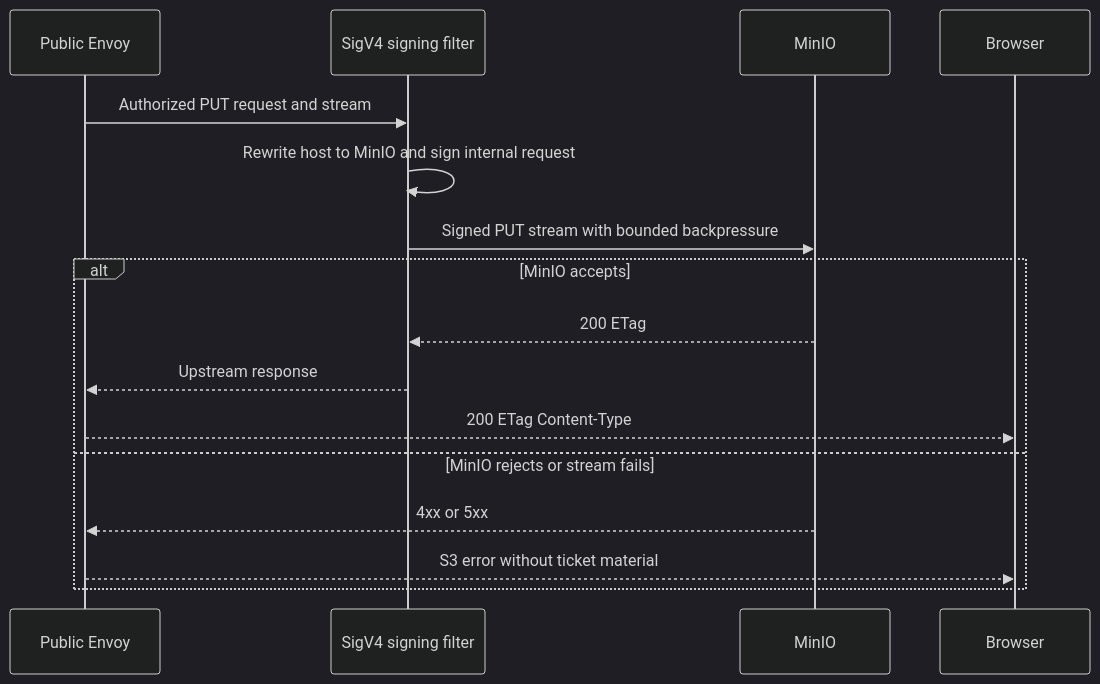
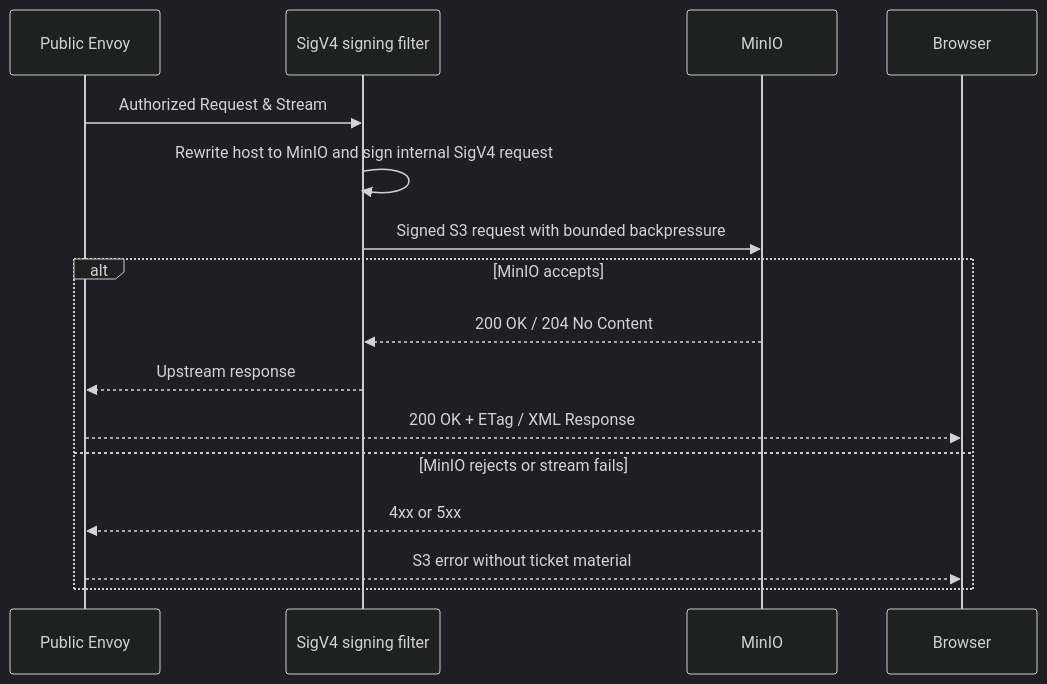
Before and after one commit to phucle996/aurora: the second of 2 diagrams in god_view/storage/personal_storage_browser_upload_god_view_workflow.md, drawn with Mermaid (dark theme). The commit also changed other lines of this file and 43 other files, not shown here.

````diff
--- a/god_view/storage/personal_storage_browser_upload_god_view_workflow.md
+++ b/god_view/storage/personal_storage_browser_upload_god_view_workflow.md
@@ -99,19 +142,19 @@
-~~~mermaid
+```mermaid
 sequenceDiagram
     participant PE as Public Envoy
     participant SG as SigV4 signing filter
     participant MI as MinIO
     participant B as Browser
 
-    PE->>SG: Authorized PUT request and stream
-    SG->>SG: Rewrite host to MinIO and sign internal request
-    SG->>MI: Signed PUT stream with bounded backpressure
+    PE->>SG: Authorized Request & Stream
+    SG->>SG: Rewrite host to MinIO and sign internal SigV4 request
+    SG->>MI: Signed S3 request with bounded backpressure
     alt MinIO accepts
-        MI-->>SG: 200 ETag
+        MI-->>SG: 200 OK / 204 No Content
         SG-->>PE: Upstream response
-        PE-->>B: 200 ETag Content-Type
+        PE-->>B: 200 OK + ETag / XML Response
     else MinIO rejects or stream fails
         MI-->>PE: 4xx or 5xx
         PE-->>B: S3 error without ticket material
     end
-~~~
+```
````
